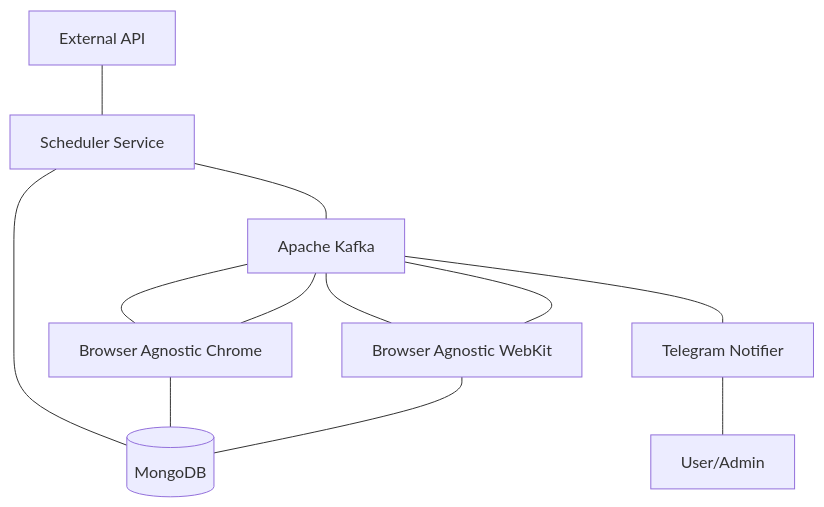
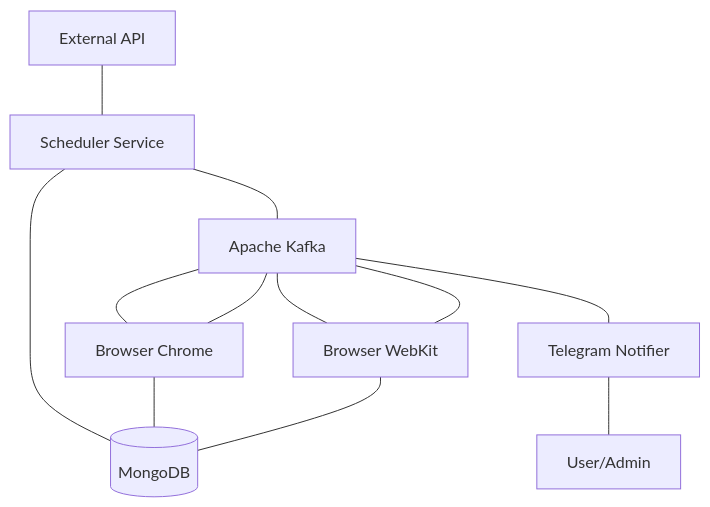
The diagram in README.md (SoraDimichi/domain-sentinel), drawn with Mermaid before and after one commit.

Commit message:
readme fix

````diff
--- a/README.md
+++ b/README.md
@@ -25,35 +25,35 @@
 ```mermaid
 graph TB
     %% External Systems
     API[External API]:::external
     User[User/Admin]:::external
 
     %% Data Storage
     MongoDB[(MongoDB)]:::storage
 
     %% Message Broker
     Kafka[Apache Kafka]:::broker
 
     %% Scheduler Service
     Scheduler[Scheduler Service]:::scheduler
 
     %% Browser Services
-    ChromeService[Browser Agnostic Chrome]:::browser
-    WebKitService[Browser Agnostic WebKit]:::browser
+    ChromeService[Browser Chrome]:::browser
+    WebKitService[Browser WebKit]:::browser
 
     %% Notification Service
     TelegramNotifier[Telegram Notifier]:::notification
 
     %% Connections between components
     API --- Scheduler
     Scheduler --- MongoDB
     Scheduler --- Kafka
     Kafka --- ChromeService
     Kafka --- WebKitService
     ChromeService --- MongoDB
     WebKitService --- MongoDB
     ChromeService --- Kafka
     WebKitService --- Kafka
     Kafka --- TelegramNotifier
     TelegramNotifier --- User
 ```
````
